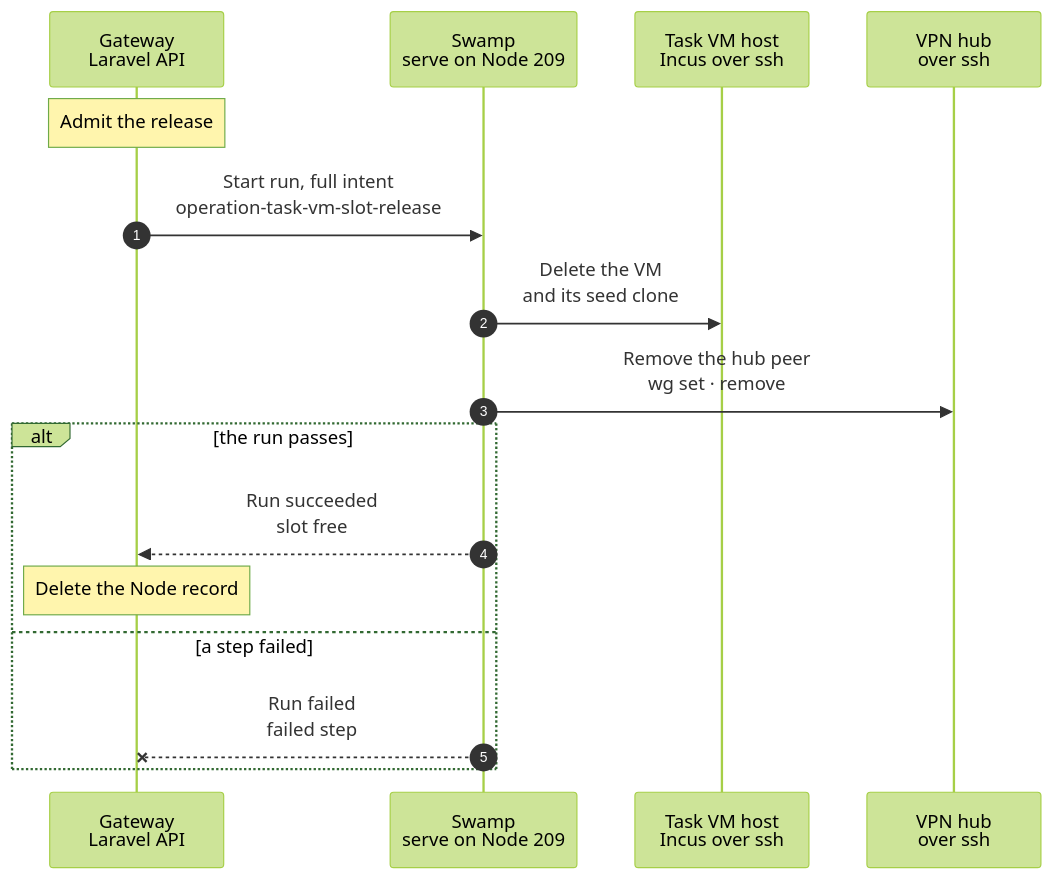
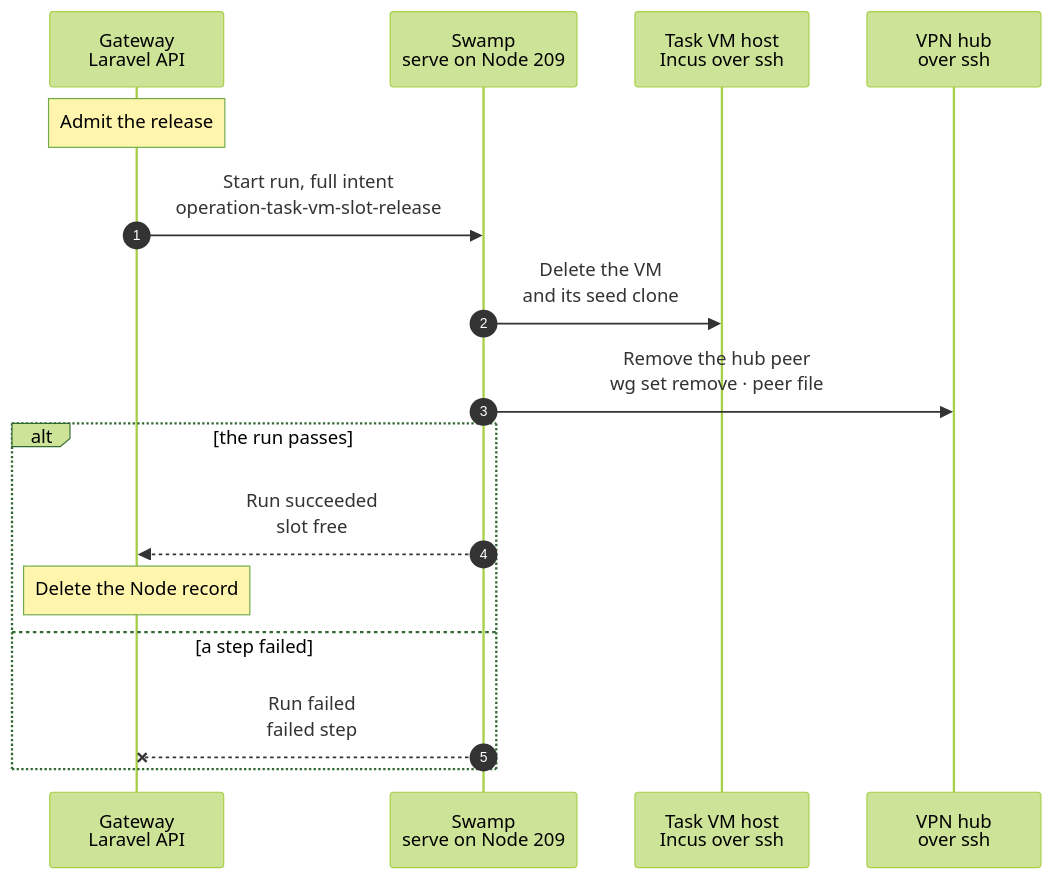
Before and after one commit to hardimpactdev/orbit: the diagram in docs/cli/tasks/vm-release.mmd, drawn with Mermaid (forest theme). The commit also changed 16 other files, not shown here.

```diff
--- a/docs/cli/tasks/vm-release.mmd
+++ b/docs/cli/tasks/vm-release.mmd
@@ -1,29 +1,29 @@
 sequenceDiagram
   %% Target design (agreed with Nick, 2026-11-07): the release of a task VM as its own run, for a task start that failed or a group that ended without a cancel run. The same steps end a cancel (docs/cli/tasks/cancel.mmd).
   %% status: draft
   %% command: none · the end of a task start that failed
   %% kind: task_vm.slot_release
   autonumber
   %% lane GW icon=gateway pill=intent tone=blue
   %% lane SW icon=workflow pill=executes tone=green
   %% lane H icon=server pill=target tone=amber
   %% lane HUB icon=server pill=target tone=purple
   participant GW as Gateway<br/>Laravel API
   participant SW as Swamp<br/>serve on Node 209
   participant H as Task VM host<br/>Incus over ssh
   participant HUB as VPN hub<br/>over ssh
   Note over GW: Admit the release
   GW->>SW: Start run, full intent<br/>operation-task-vm-slot-release
   SW->>H: Delete the VM<br/>and its seed clone
-  SW->>HUB: Remove the hub peer<br/>wg set · remove
+  SW->>HUB: Remove the hub peer<br/>wg set remove · peer file
   %%> Runs beside the step before it: Swamp starts both at once.
   %%> What it does:
   %%> - beside it, the claim's model key is revoked at the model router
   alt the run passes
     SW-->>GW: Run succeeded<br/>slot free
     Note over GW: Delete the Node record
   else a step failed
     SW--xGW: Run failed<br/>failed step
     %%> On failure:
     %%> - the VM keeps its slot and its Node; the sweep releases it again
   end
```
